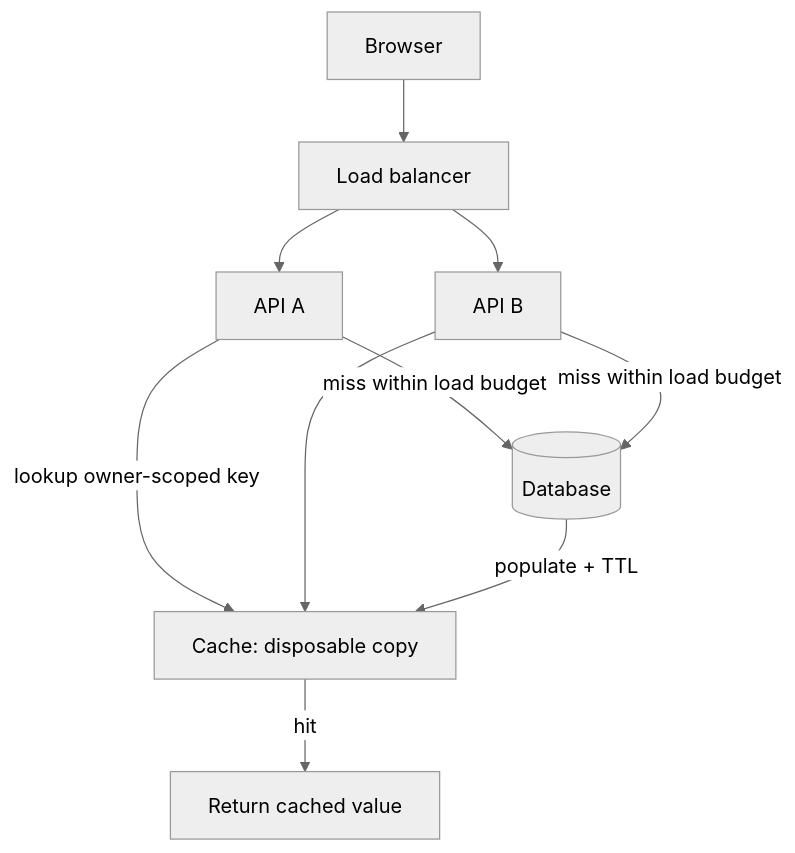
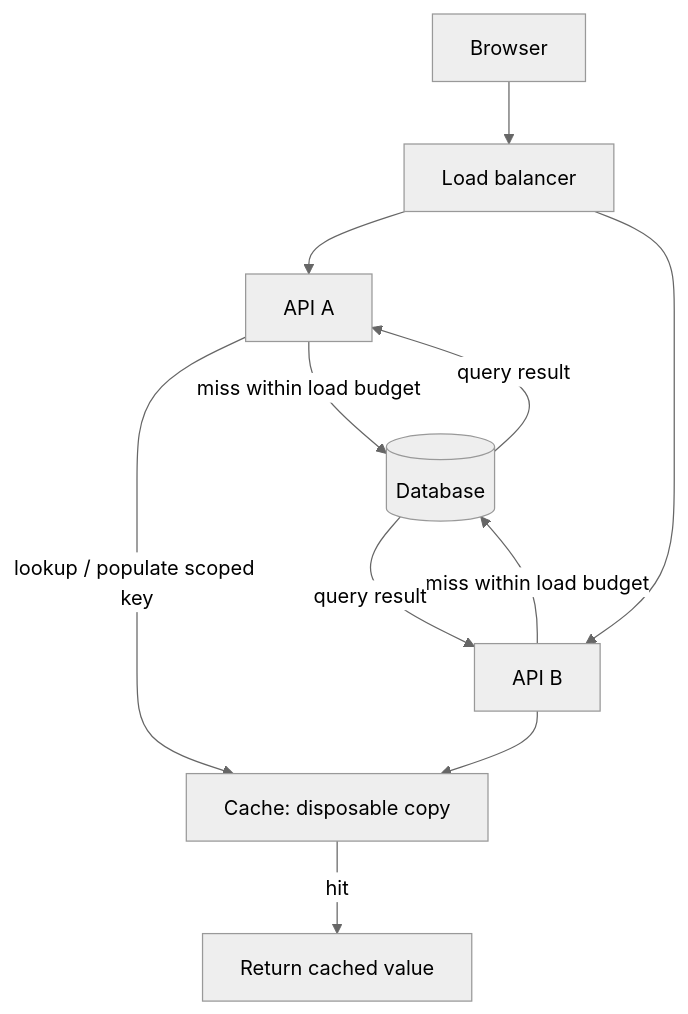
The second of 4 diagrams in paths/interviews/architecture/whiteboard.md (Soulful-Iris/junior-to-staff), drawn with Mermaid (neutral theme) before and after one commit. The commit also changed 15 other files, not shown here.

````diff
--- a/paths/interviews/architecture/whiteboard.md
+++ b/paths/interviews/architecture/whiteboard.md
@@ -21,12 +21,13 @@
 ```mermaid
 flowchart TD
   Browser["Browser"] --> LB["Load balancer"]
   LB --> A["API A"]
   LB --> B["API B"]
-  A -->|"lookup owner-scoped key"| Cache["Cache: disposable copy"]
+  A -->|"lookup / populate scoped key"| Cache["Cache: disposable copy"]
   B --> Cache
   Cache -->|"hit"| Reply["Return cached value"]
   A -->|"miss within load budget"| DB[("Database")]
   B -->|"miss within load budget"| DB
-  DB -->|"populate + TTL"| Cache
+  DB -->|"query result"| A
+  DB -->|"query result"| B
 ```
````
